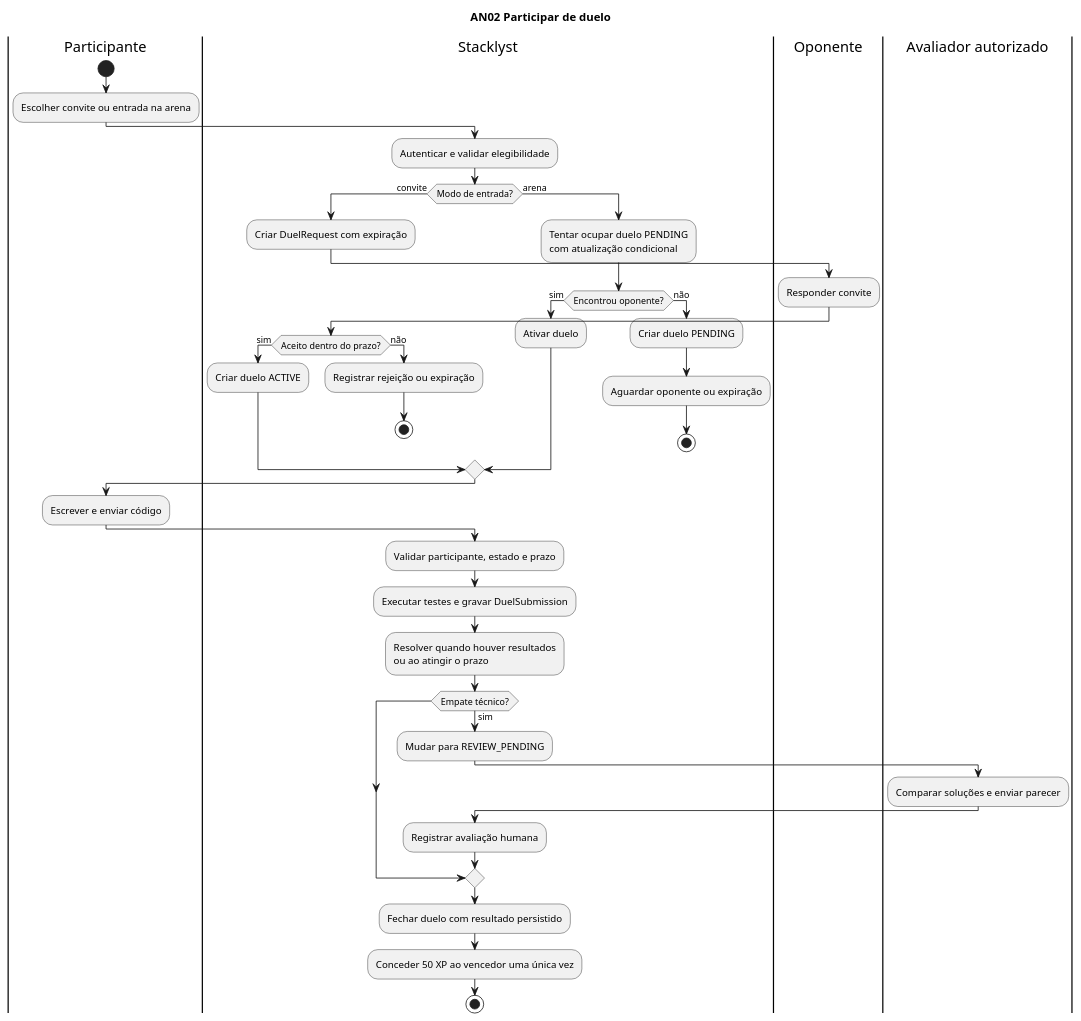
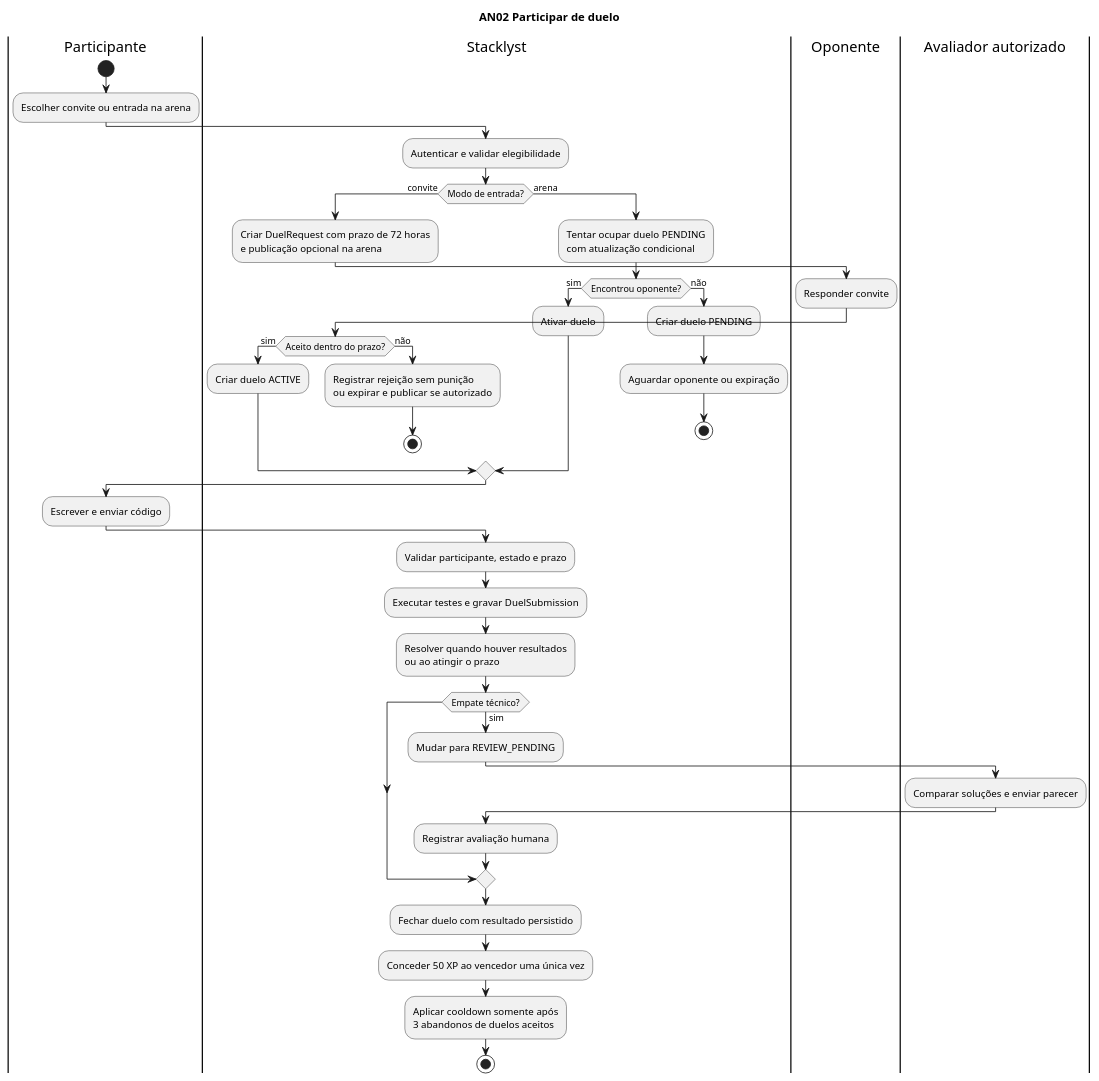
The diagram in docs/laboratorio-engenharia-software/diagramas/fontes/atividades/AN02-participar-de-duelo.puml (pedrotescaro/Stacklyst), drawn with PlantUML before and after one commit. The commit also changed 37 other files, not shown here.

```diff
--- a/docs/laboratorio-engenharia-software/diagramas/fontes/atividades/AN02-participar-de-duelo.puml
+++ b/docs/laboratorio-engenharia-software/diagramas/fontes/atividades/AN02-participar-de-duelo.puml
@@ -1,47 +1,48 @@
 @startuml
 title AN02 Participar de duelo
 skinparam monochrome true
 skinparam shadowing false
 |Participante|
 start
 :Escolher convite ou entrada na arena;
 |Stacklyst|
 :Autenticar e validar elegibilidade;
 if (Modo de entrada?) then (convite)
-  :Criar DuelRequest com expiração;
+  :Criar DuelRequest com prazo de 72 horas\ne publicação opcional na arena;
   |Oponente|
   :Responder convite;
   |Stacklyst|
   if (Aceito dentro do prazo?) then (sim)
     :Criar duelo ACTIVE;
   else (não)
-    :Registrar rejeição ou expiração;
+    :Registrar rejeição sem punição\nou expirar e publicar se autorizado;
     stop
   endif
 else (arena)
   :Tentar ocupar duelo PENDING\ncom atualização condicional;
   if (Encontrou oponente?) then (sim)
     :Ativar duelo;
   else (não)
     :Criar duelo PENDING;
     :Aguardar oponente ou expiração;
     stop
   endif
 endif
 |Participante|
 :Escrever e enviar código;
 |Stacklyst|
 :Validar participante, estado e prazo;
 :Executar testes e gravar DuelSubmission;
 :Resolver quando houver resultados\nou ao atingir o prazo;
 if (Empate técnico?) then (sim)
   :Mudar para REVIEW_PENDING;
   |Avaliador autorizado|
   :Comparar soluções e enviar parecer;
   |Stacklyst|
   :Registrar avaliação humana;
 endif
 :Fechar duelo com resultado persistido;
 :Conceder 50 XP ao vencedor uma única vez;
+:Aplicar cooldown somente após\n3 abandonos de duelos aceitos;
 stop
 @enduml
```
